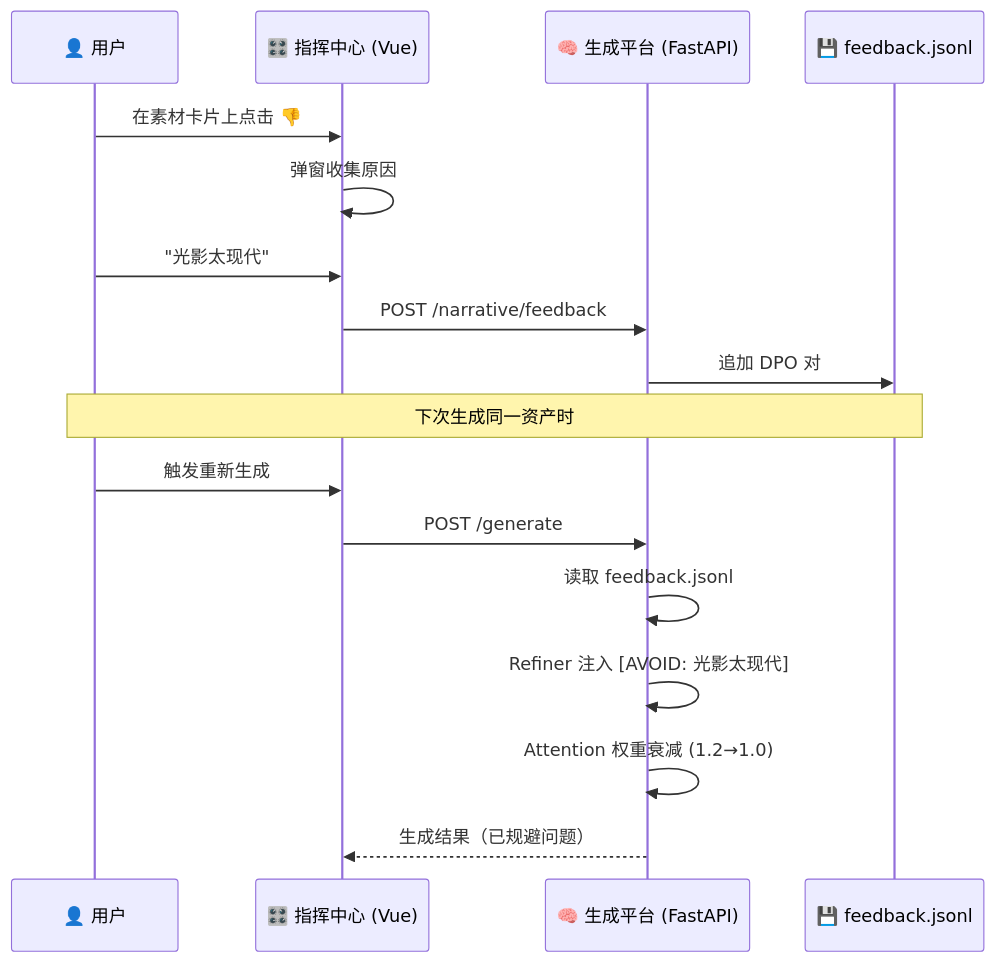
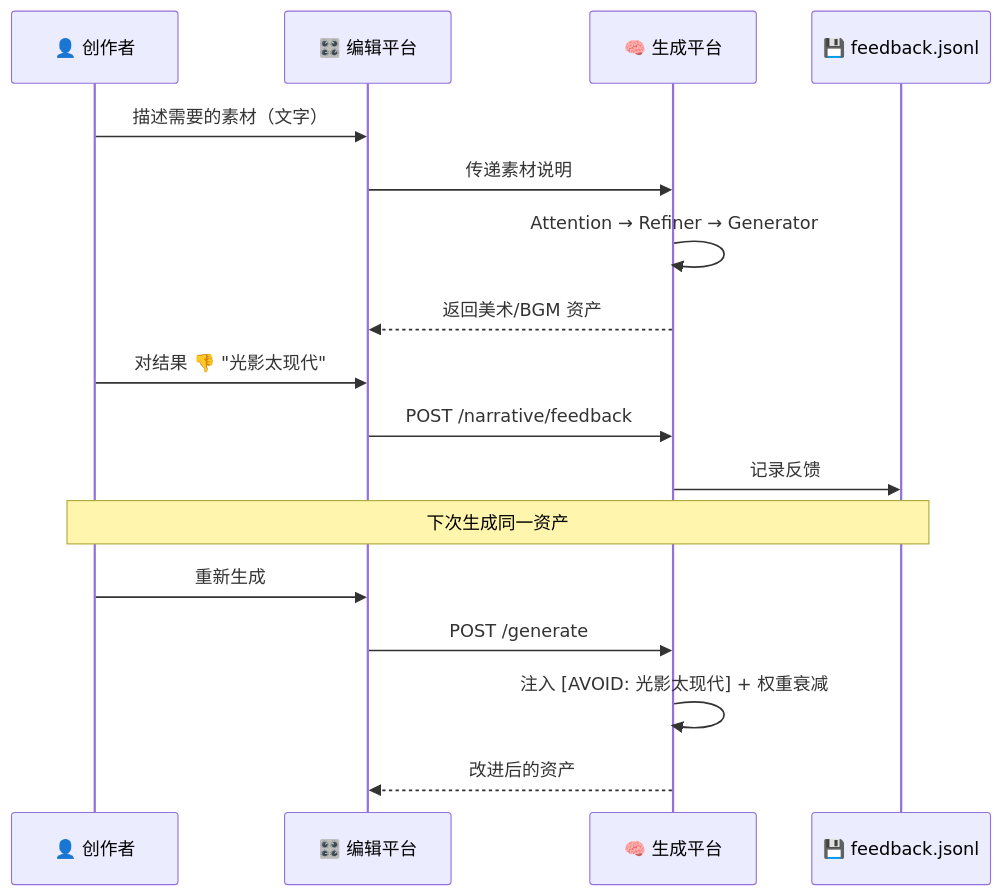
One commit to QUSETIONS/MultilinearNarrativeSystem changed the diagram in README.md. Above: the diagram before and after it, drawn with Mermaid. The commit also changed other lines of this file, not shown here.

````diff
--- a/README.md
+++ b/README.md
@@ -140,22 +174,23 @@
 ```mermaid
 sequenceDiagram
-    participant U as 👤 用户
-    participant UI as 🎛️ 指挥中心 (Vue)
-    participant API as 🧠 生成平台 (FastAPI)
+    participant C as 👤 创作者
+    participant E as 🎛️ 编辑平台
+    participant G as 🧠 生成平台
     participant S as 💾 feedback.jsonl
 
-    U->>UI: 在素材卡片上点击 👎
-    UI->>UI: 弹窗收集原因
-    U->>UI: "光影太现代"
-    UI->>API: POST /narrative/feedback
-    API->>S: 追加 DPO 对
+    C->>E: 描述需要的素材（文字）
+    E->>G: 传递素材说明
+    G->>G: Attention → Refiner → Generator
+    G-->>E: 返回美术/BGM 资产
 
-    Note over U,S: 下次生成同一资产时
+    C->>E: 对结果 👎 "光影太现代"
+    E->>G: POST /narrative/feedback
+    G->>S: 记录反馈
 
-    U->>UI: 触发重新生成
-    UI->>API: POST /generate
-    API->>API: 读取 feedback.jsonl
-    API->>API: Refiner 注入 [AVOID: 光影太现代]
-    API->>API: Attention 权重衰减 (1.2→1.0)
-    API-->>UI: 生成结果（已规避问题）
+    Note over C,S: 下次生成同一资产
+
+    C->>E: 重新生成
+    E->>G: POST /generate
+    G->>G: 注入 [AVOID: 光影太现代] + 权重衰减
+    G-->>E: 改进后的资产
 ```
````
